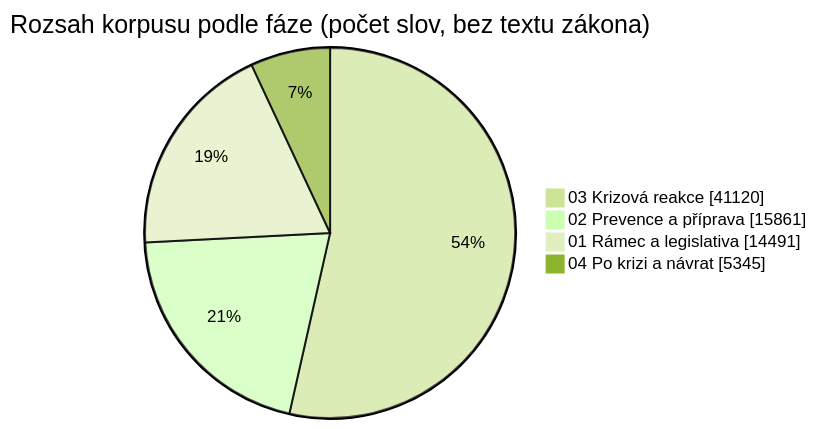
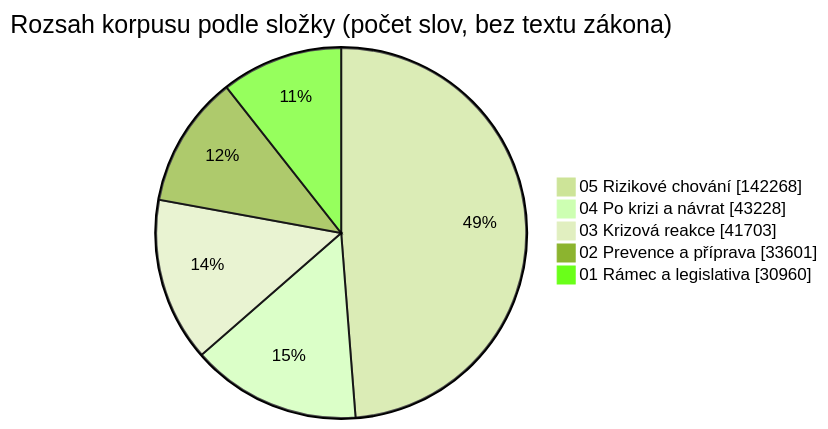
Before and after one commit to aidetemcz/bezpecna-skola: the third of 3 diagrams in dokumentace/provazanost-dat.md, drawn with Mermaid (forest theme). The commit also changed other lines of this file and 93 other files, not shown here.

````diff
--- a/dokumentace/provazanost-dat.md
+++ b/dokumentace/provazanost-dat.md
@@ -208,7 +229,8 @@
 ```mermaid
-pie showData title Rozsah korpusu podle fáze (počet slov, bez textu zákona)
-    "03 Krizová reakce" : 41120
-    "02 Prevence a příprava" : 15861
-    "01 Rámec a legislativa" : 14491
-    "04 Po krizi a návrat" : 5345
+pie showData title Rozsah korpusu podle složky (počet slov, bez textu zákona)
+    "05 Rizikové chování" : 142268
+    "04 Po krizi a návrat" : 43228
+    "03 Krizová reakce" : 41703
+    "02 Prevence a příprava" : 33601
+    "01 Rámec a legislativa" : 30960
 ```
````
